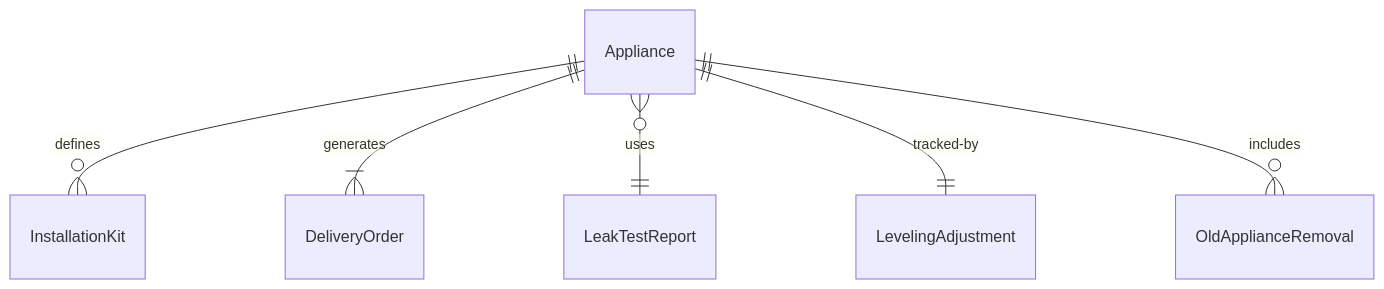
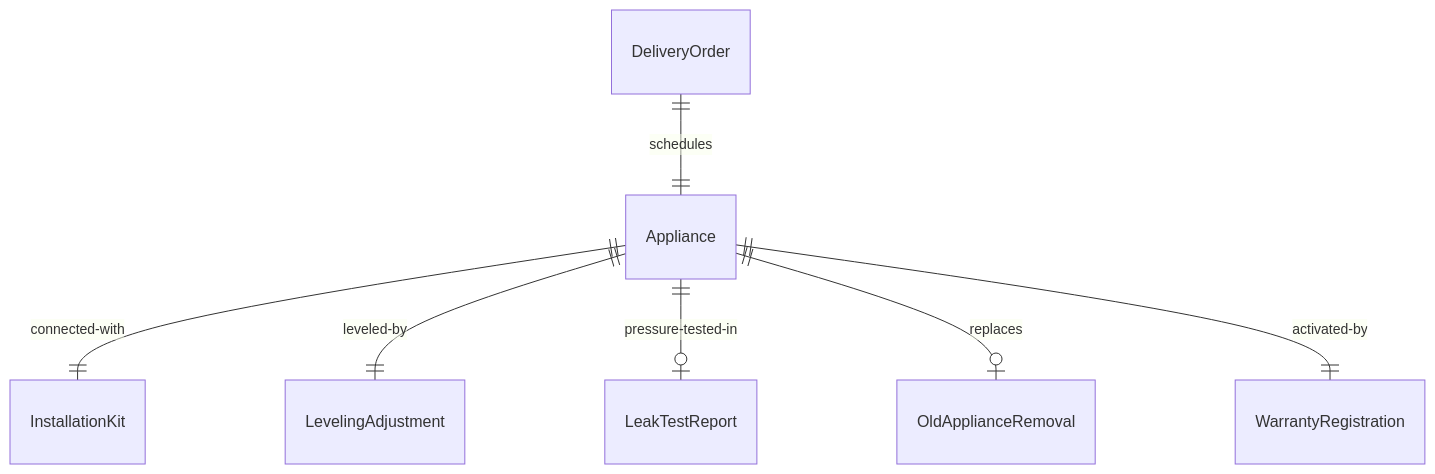
The first of 4 diagrams in HandlingAndMovingObjects/InstallCommercialOrProductionEquipment/InstallHomeAppliances.mdx (dot-org-ai/tasks.org.ai), drawn with Mermaid before and after one commit. The commit also changed other lines of this file and 515 other files, not shown here.

````diff
--- a/HandlingAndMovingObjects/InstallCommercialOrProductionEquipment/InstallHomeAppliances.mdx
+++ b/HandlingAndMovingObjects/InstallCommercialOrProductionEquipment/InstallHomeAppliances.mdx
@@ -89,8 +89,9 @@
 ```mermaid
 erDiagram
-    Appliance ||--o{ InstallationKit : "defines"
-    Appliance ||--|{ DeliveryOrder : "generates"
-    Appliance }o--|| LeakTestReport : "uses"
-    Appliance ||--|| LevelingAdjustment : "tracked-by"
-    Appliance ||--o{ OldApplianceRemoval : "includes"
+    DeliveryOrder ||--|| Appliance : "schedules"
+    Appliance ||--|| InstallationKit : "connected-with"
+    Appliance ||--|| LevelingAdjustment : "leveled-by"
+    Appliance ||--o| LeakTestReport : "pressure-tested-in"
+    Appliance ||--o| OldApplianceRemoval : "replaces"
+    Appliance ||--|| WarrantyRegistration : "activated-by"
 ```
````
